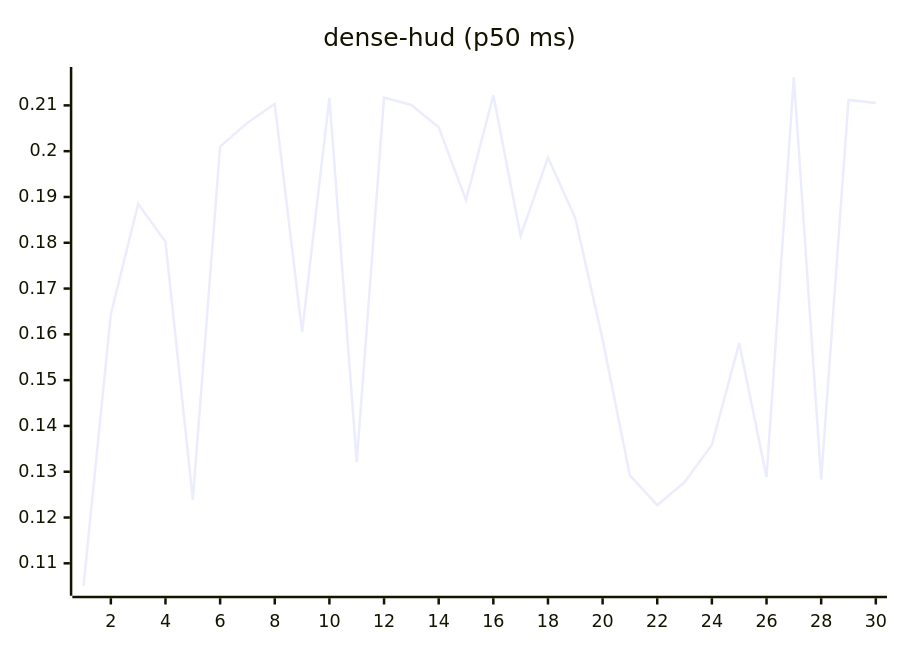
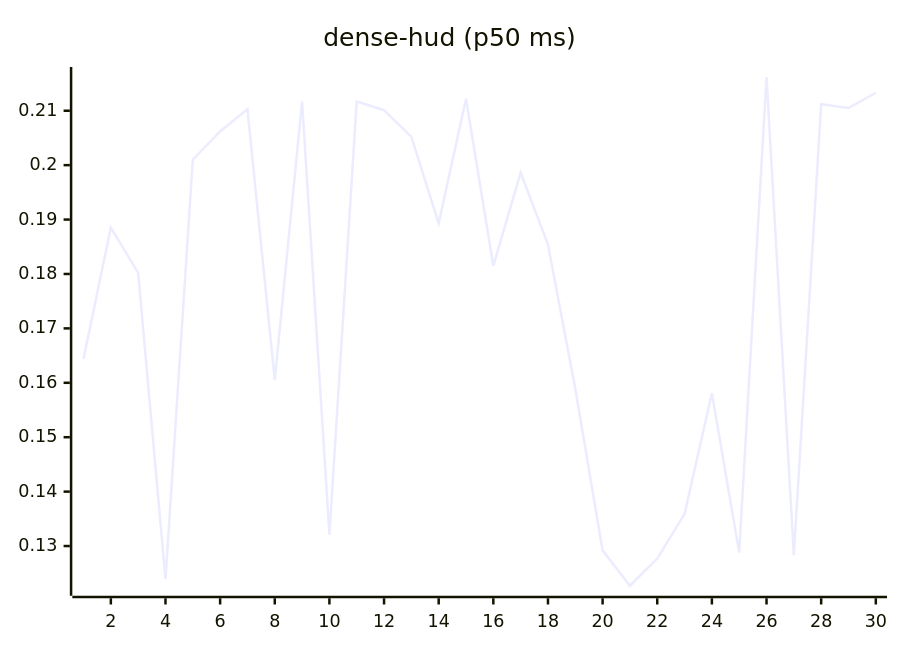
The eighth of 27 diagrams in README.md (josha/Facet), drawn with Mermaid before and after one commit. The commit also changed other lines of this file and 2 other files, not shown here.

````diff
--- a/README.md
+++ b/README.md
@@ -112,6 +112,6 @@
 ```mermaid
 xychart-beta
     title "dense-hud (p50 ms)"
     x-axis 1 --> 30
-    line [0.1051, 0.1644, 0.1885, 0.1802, 0.1239, 0.2010, 0.2062, 0.2103, 0.1605, 0.2117, 0.1321, 0.2117, 0.2101, 0.2052, 0.1893, 0.2122, 0.1815, 0.1986, 0.1854, 0.1589, 0.1292, 0.1227, 0.1277, 0.1359, 0.1581, 0.1288, 0.2162, 0.1283, 0.2112, 0.2105]
+    line [0.1644, 0.1885, 0.1802, 0.1239, 0.2010, 0.2062, 0.2103, 0.1605, 0.2117, 0.1321, 0.2117, 0.2101, 0.2052, 0.1893, 0.2122, 0.1815, 0.1986, 0.1854, 0.1589, 0.1292, 0.1227, 0.1277, 0.1359, 0.1581, 0.1288, 0.2162, 0.1283, 0.2112, 0.2105, 0.2133]
 ```
````
